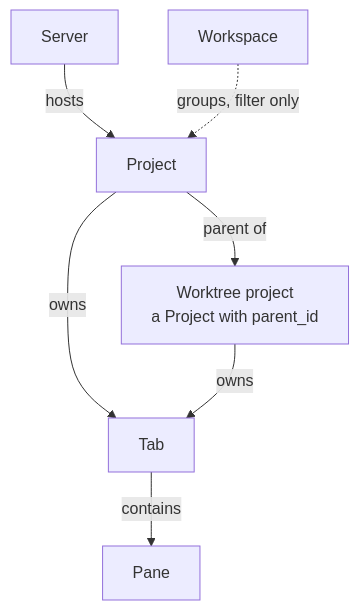
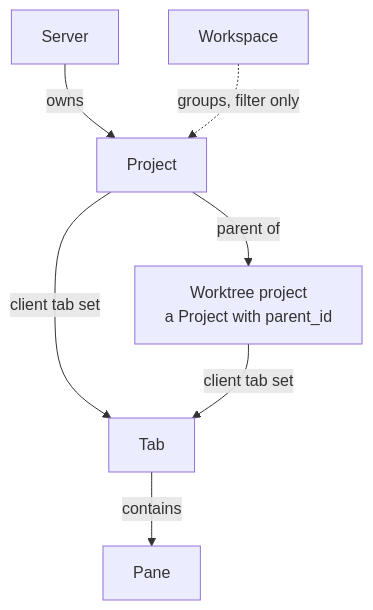
The first of 3 diagrams in docs/product/product-model.md (guppylab/muxy), drawn with Mermaid before and after one commit. The commit also changed other lines of this file and 149 other files, not shown here.

````diff
--- a/docs/product/product-model.md
+++ b/docs/product/product-model.md
@@ -8,16 +8,16 @@
 ```mermaid
 flowchart TB
     SERVER["Server"]
     WORKSPACE["Workspace"]
     PROJECT["Project"]
     WORKTREE["Worktree project<br/>a Project with parent_id"]
     TAB["Tab"]
     PANE["Pane"]
 
-    SERVER -->|"hosts"| PROJECT
+    SERVER -->|"owns"| PROJECT
     WORKSPACE -.->|"groups, filter only"| PROJECT
     PROJECT -->|"parent of"| WORKTREE
-    PROJECT -->|"owns"| TAB
-    WORKTREE -->|"owns"| TAB
+    PROJECT -->|"client tab set"| TAB
+    WORKTREE -->|"client tab set"| TAB
     TAB -->|"contains"| PANE
 ```
````
